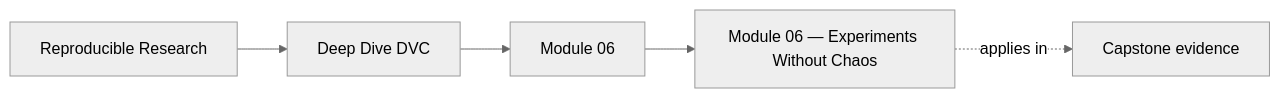
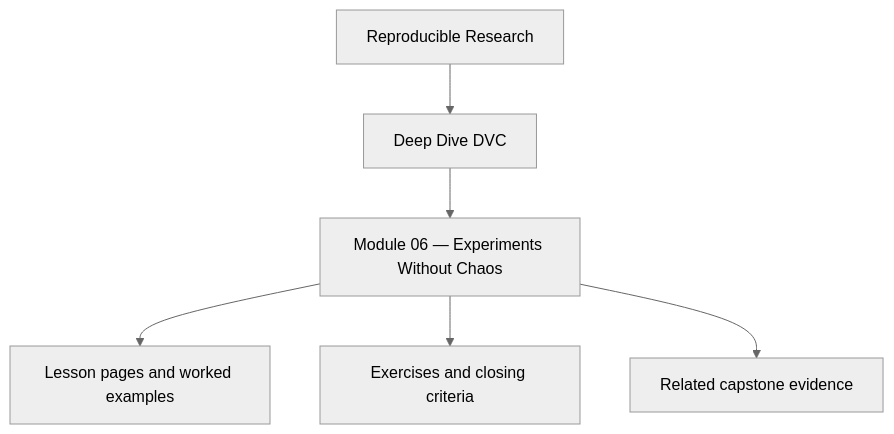
Before and after one commit to bijux/bijux-masterclass: the first of 4 diagrams in programs/reproducible-research/deep-dive-dvc/course-book/module-06-experiments-without-chaos/index.md, drawn with Mermaid (neutral theme). The commit also changed other lines of this file and 10 other files, not shown here.

Commit message:
docs(deep-dive-dvc): reposition module overview diagrams

````diff
--- a/programs/reproducible-research/deep-dive-dvc/course-book/module-06-experiments-without-chaos/index.md
+++ b/programs/reproducible-research/deep-dive-dvc/course-book/module-06-experiments-without-chaos/index.md
@@ -7,11 +7,8 @@
 ```mermaid
-graph LR
-  family["Reproducible Research"]
-  program["Deep Dive DVC"]
-  section["Module 06"]
-  page["Module 06 — Experiments Without Chaos"]
-  capstone["Capstone evidence"]
-
-  family --> program --> section --> page
-  page -.applies in.-> capstone
+flowchart TD
+  family["Reproducible Research"] --> program["Deep Dive DVC"]
+  program --> module["Module 06 — Experiments Without Chaos"]
+  module --> lessons["Lesson pages and worked examples"]
+  module --> checkpoints["Exercises and closing criteria"]
+  module --> capstone["Related capstone evidence"]
 ```
````
